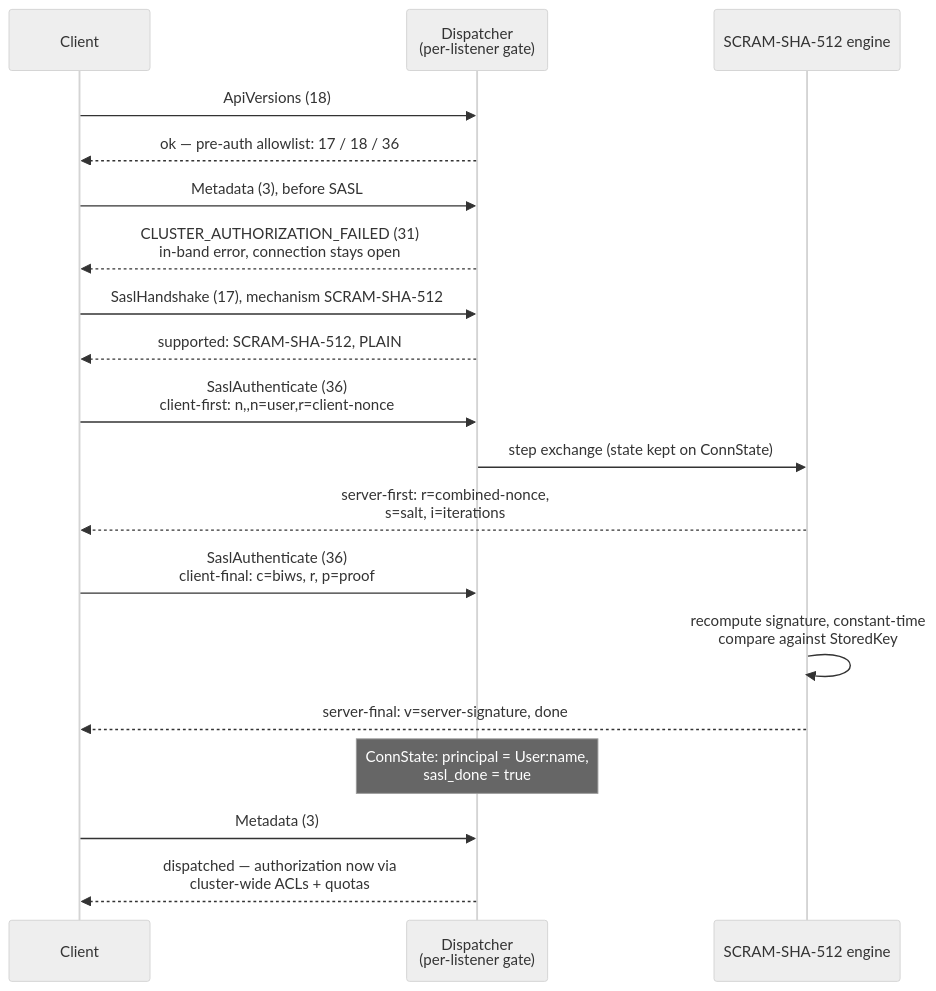
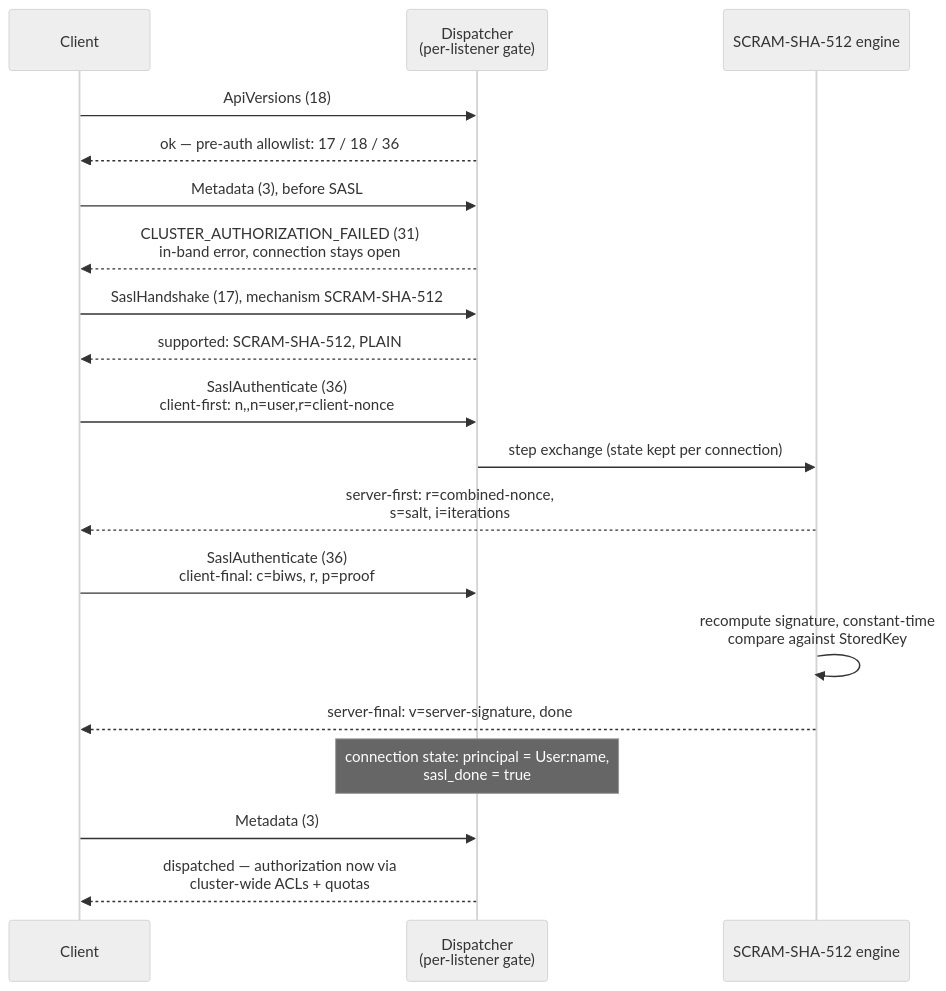
Before and after one commit to Woestebanaan/kaas: the diagram in docs/src/architecture/listeners-auth.md, drawn with Mermaid (neutral theme). The commit also changed other lines of this file and 35 other files, not shown here.

````diff
--- a/docs/src/architecture/listeners-auth.md
+++ b/docs/src/architecture/listeners-auth.md
@@ -13,22 +73,22 @@
 ```mermaid
 sequenceDiagram
     participant C as Client
     participant D as Dispatcher<br/>(per-listener gate)
     participant S as SCRAM-SHA-512 engine
 
     C->>D: ApiVersions (18)
     D-->>C: ok — pre-auth allowlist: 17 / 18 / 36
     C->>D: Metadata (3), before SASL
     D-->>C: CLUSTER_AUTHORIZATION_FAILED (31)<br/>in-band error, connection stays open
     C->>D: SaslHandshake (17), mechanism SCRAM-SHA-512
     D-->>C: supported: SCRAM-SHA-512, PLAIN
     C->>D: SaslAuthenticate (36)<br/>client-first: n,,n=user,r=client-nonce
-    D->>S: step exchange (state kept on ConnState)
+    D->>S: step exchange (state kept per connection)
     S-->>C: server-first: r=combined-nonce,<br/>s=salt, i=iterations
     C->>D: SaslAuthenticate (36)<br/>client-final: c=biws, r, p=proof
     S->>S: recompute signature, constant-time<br/>compare against StoredKey
     S-->>C: server-final: v=server-signature, done
-    Note over D: ConnState: principal = User:name,<br/>sasl_done = true
+    Note over D: connection state: principal = User:name,<br/>sasl_done = true
     C->>D: Metadata (3)
     D-->>C: dispatched — authorization now via<br/>cluster-wide ACLs + quotas
 ```
````
